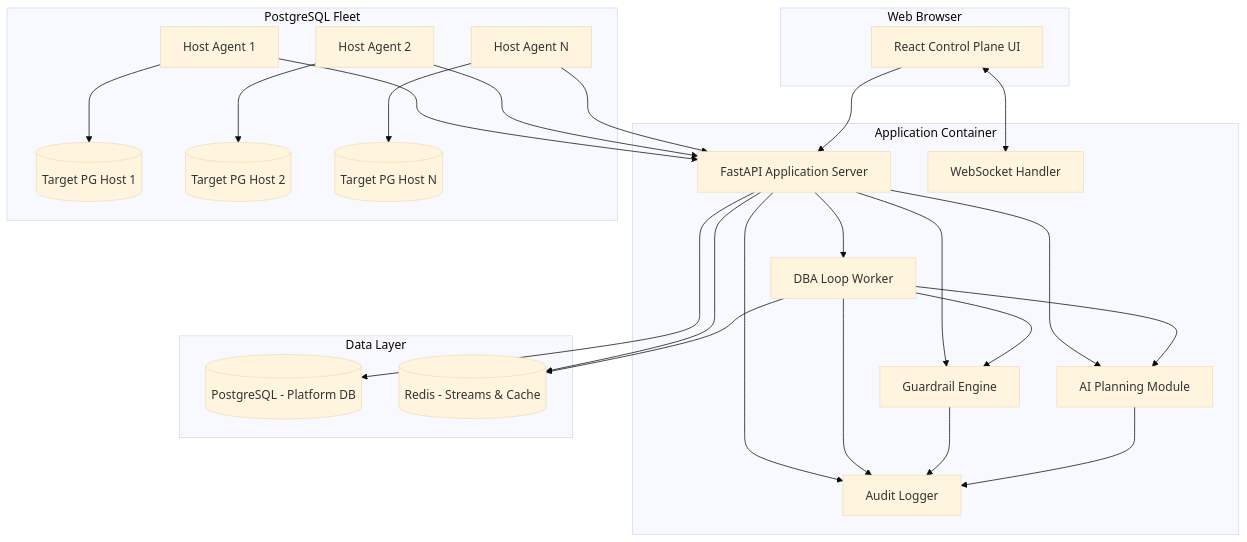
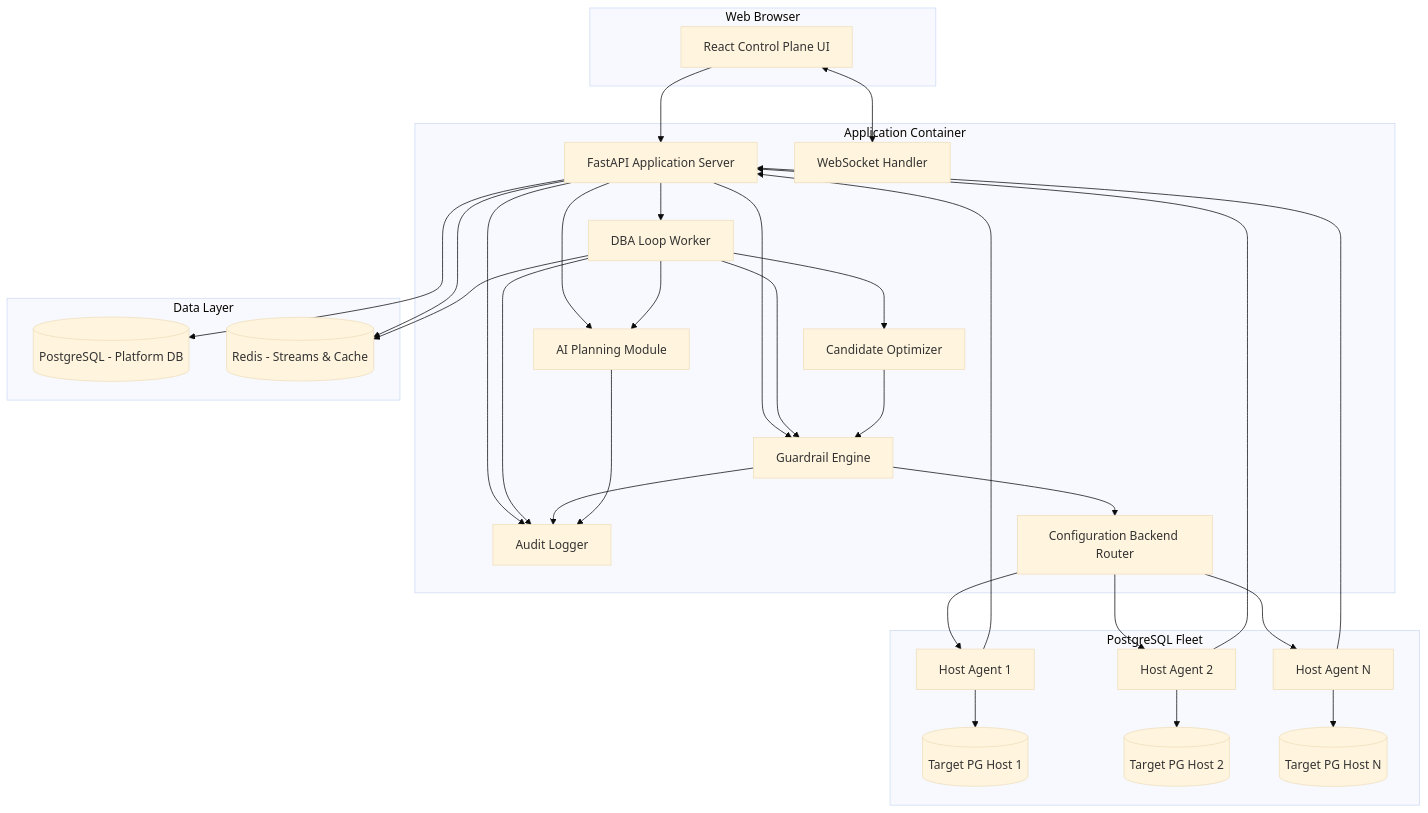
Before and after one commit to legrand01/codex: the first of 3 diagrams in .kiro/specs/autonomous-postgres-dba-agent/design.md, drawn with Mermaid (base theme). The commit also changed other lines of this file and 17 other files, not shown here.

````diff
--- a/.kiro/specs/autonomous-postgres-dba-agent/design.md
+++ b/.kiro/specs/autonomous-postgres-dba-agent/design.md
@@ -30,52 +69,60 @@
 ```mermaid
 graph TB
     subgraph "Web Browser"
         UI[React Control Plane UI]
     end
 
     subgraph "Application Container"
         API[FastAPI Application Server]
         WS[WebSocket Handler]
         GE[Guardrail Engine]
         AIP[AI Planning Module]
         LW[DBA Loop Worker]
         AL[Audit Logger]
+        OE[Candidate Optimizer]
+        CB[Configuration Backend Router]
     end
 
     subgraph "Data Layer"
         PG[(PostgreSQL - Platform DB)]
         RD[(Redis - Streams & Cache)]
     end
 
     subgraph "PostgreSQL Fleet"
         HA1[Host Agent 1]
         HA2[Host Agent 2]
         HA3[Host Agent N]
         PG1[(Target PG Host 1)]
         PG2[(Target PG Host 2)]
         PG3[(Target PG Host N)]
     end
 
     UI --> API
     UI <--> WS
     API --> GE
     API --> AIP
     API --> LW
     API --> AL
     LW --> GE
     LW --> AIP
     LW --> AL
+    LW --> OE
+    OE --> GE
+    GE --> CB
     GE --> AL
     AIP --> AL
     
     API --> PG
     API --> RD
     LW --> RD
     
     HA1 --> API
     HA2 --> API
     HA3 --> API
     HA1 --> PG1
     HA2 --> PG2
     HA3 --> PG3
+    CB --> HA1
+    CB --> HA2
+    CB --> HA3
 ```
````
